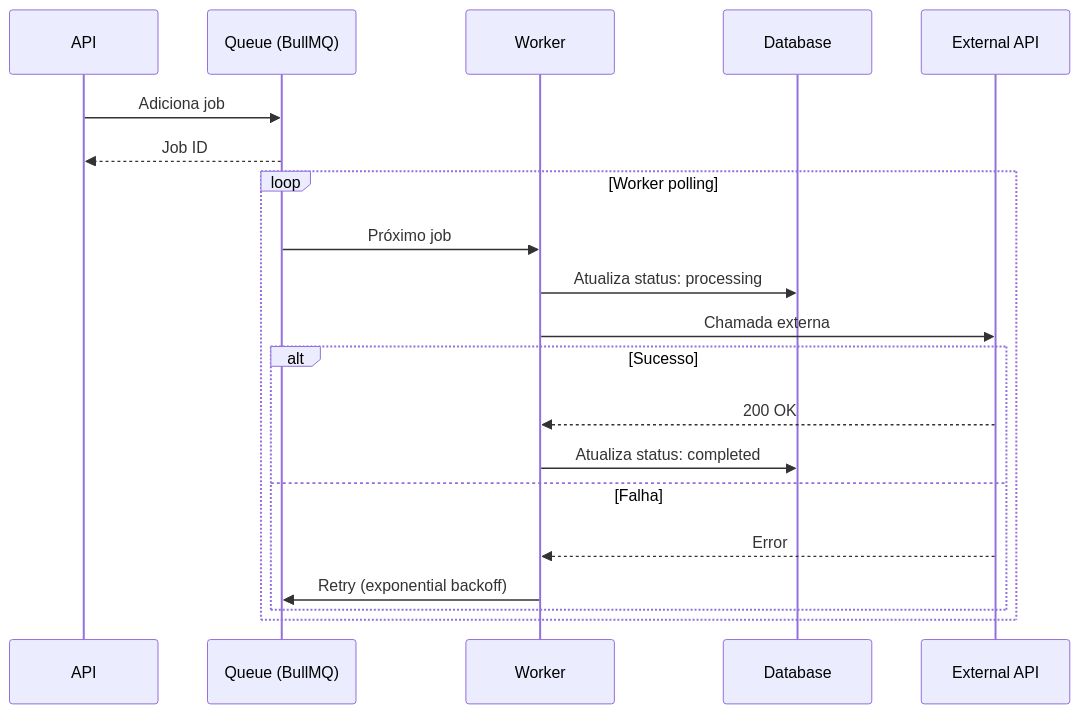
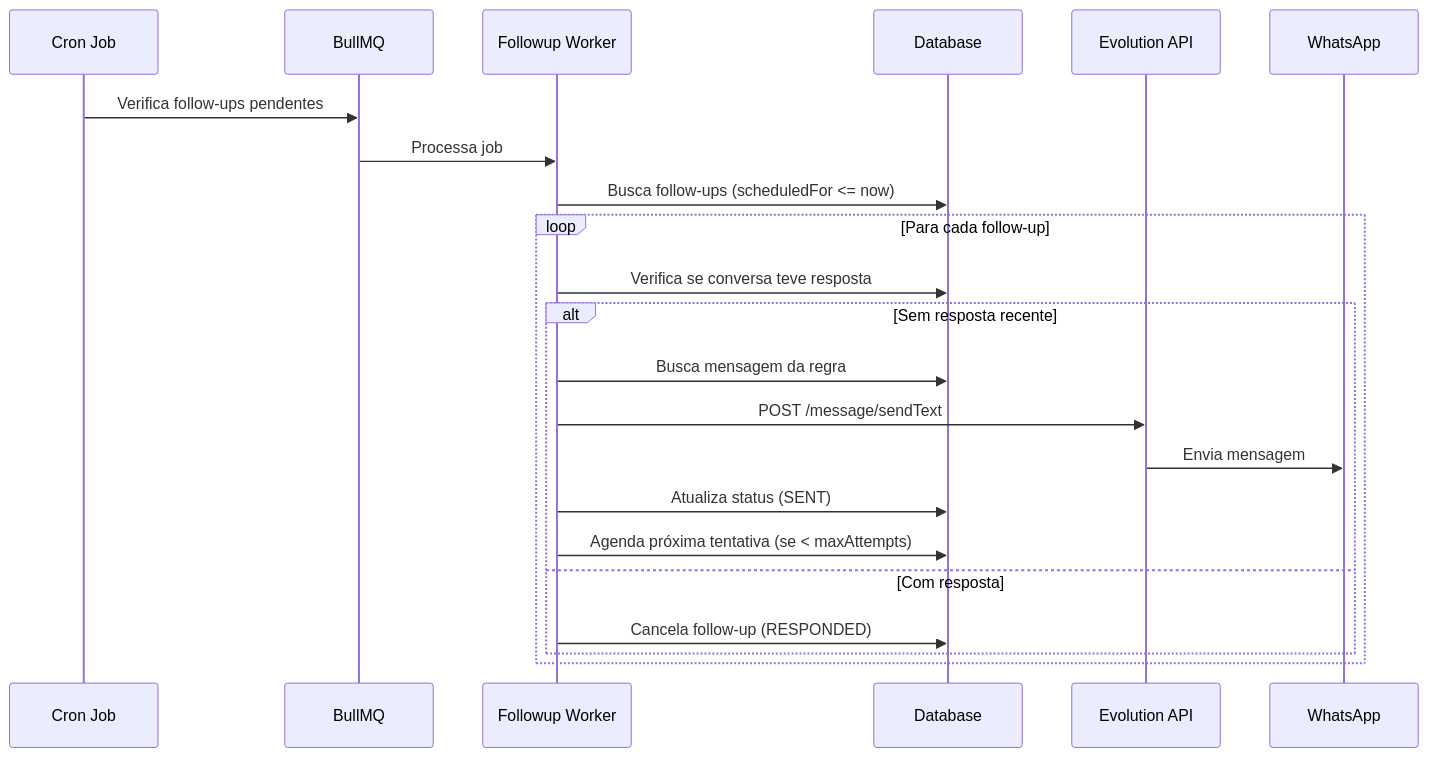
Before and after one commit to sebavieira/template-cli-seba: the sixth of 10 diagrams in docs/spec/05-diagramas-sequencia.md, drawn with Mermaid. The commit also changed other lines of this file and 75 other files, not shown here.

````diff
--- a/docs/spec/05-diagramas-sequencia.md
+++ b/docs/spec/05-diagramas-sequencia.md
@@ -89,25 +150,26 @@
 ```mermaid
 sequenceDiagram
-    participant A as API
-    participant Q as Queue (BullMQ)
-    participant W as Worker
+    participant CR as Cron Job
+    participant Q as BullMQ
+    participant FW as Followup Worker
     participant D as Database
-    participant E as External API
+    participant E as Evolution API
+    participant WA as WhatsApp
 
-    A->>Q: Adiciona job
-    Q-->>A: Job ID
+    CR->>Q: Verifica follow-ups pendentes
+    Q->>FW: Processa job
+    FW->>D: Busca follow-ups (scheduledFor <= now)
 
-    loop Worker polling
-        Q->>W: Próximo job
-        W->>D: Atualiza status: processing
-        W->>E: Chamada externa
-
-        alt Sucesso
-            E-->>W: 200 OK
-            W->>D: Atualiza status: completed
-        else Falha
-            E-->>W: Error
-            W->>Q: Retry (exponential backoff)
+    loop Para cada follow-up
+        FW->>D: Verifica se conversa teve resposta
+        alt Sem resposta recente
+            FW->>D: Busca mensagem da regra
+            FW->>E: POST /message/sendText
+            E->>WA: Envia mensagem
+            FW->>D: Atualiza status (SENT)
+            FW->>D: Agenda próxima tentativa (se < maxAttempts)
+        else Com resposta
+            FW->>D: Cancela follow-up (RESPONDED)
         end
     end
 ```
````
